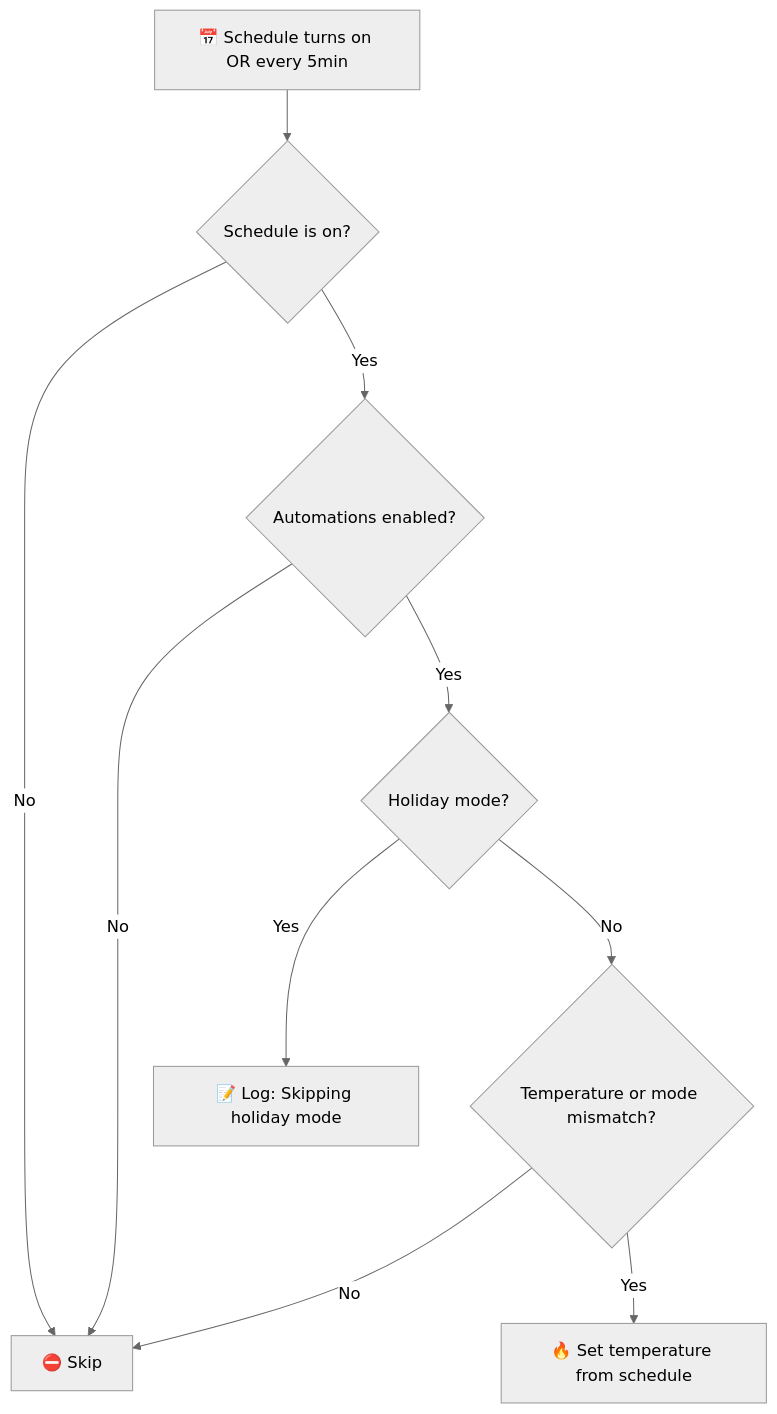
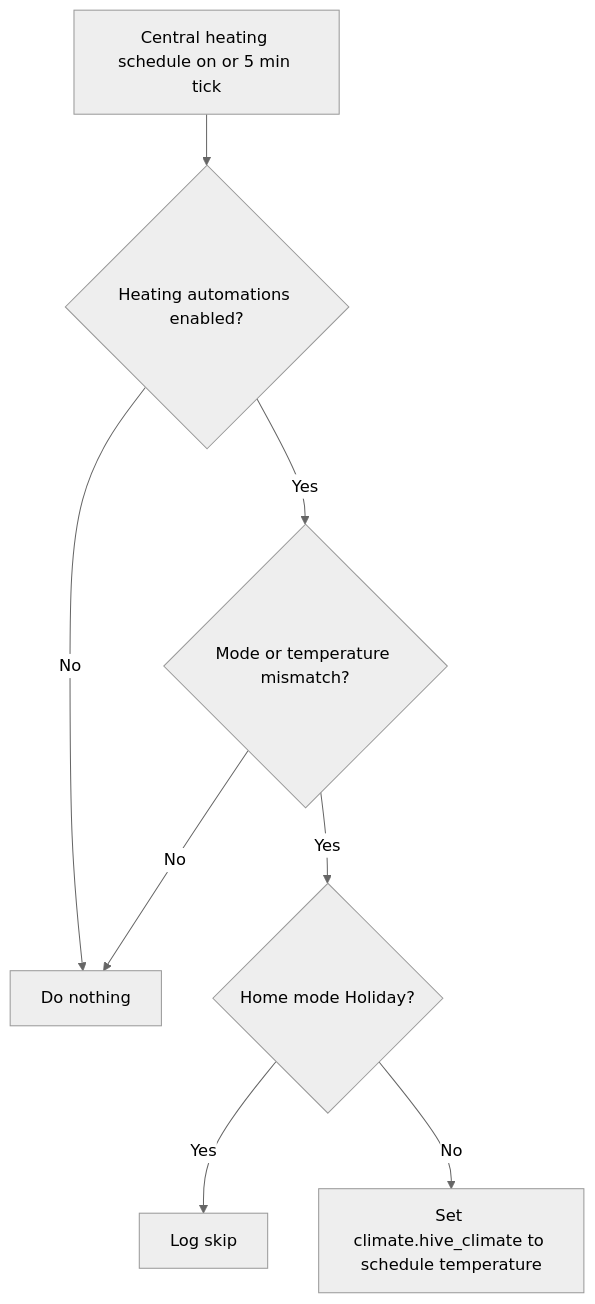
The second of 3 diagrams in packages/integrations/hvac/README.md (dannytsang/homeassistant-config), drawn with Mermaid (neutral theme) before and after one commit. The commit also changed other lines of this file and 60 other files, not shown here.

````diff
--- a/packages/integrations/hvac/README.md
+++ b/packages/integrations/hvac/README.md
@@ -98,12 +97,10 @@
 ```mermaid
 flowchart TD
-    A["📅 Schedule turns on OR every 5min"] --> B{"Schedule is on?"}
-    B -->|No| Z["⛔ Skip"]
-    B -->|Yes| C{"Automations enabled?"}
-    C -->|No| Z
-    C -->|Yes| D{"Holiday mode?"}
-    D -->|Yes| E["📝 Log: Skipping holiday mode"]
-    D -->|No| F{"Temperature or mode mismatch?"}
-    F -->|No| Z
-    F -->|Yes| G["🔥 Set temperature from schedule"]
+    Schedule[Central heating schedule on or 5 min tick] --> Enabled{Heating automations enabled?}
+    Enabled -->|No| Stop[Do nothing]
+    Enabled -->|Yes| Mismatch{Mode or temperature mismatch?}
+    Mismatch -->|No| Stop
+    Mismatch -->|Yes| Holiday{Home mode Holiday?}
+    Holiday -->|Yes| LogHoliday[Log skip]
+    Holiday -->|No| Heat[Set climate.hive_climate to schedule temperature]
 ```
````
